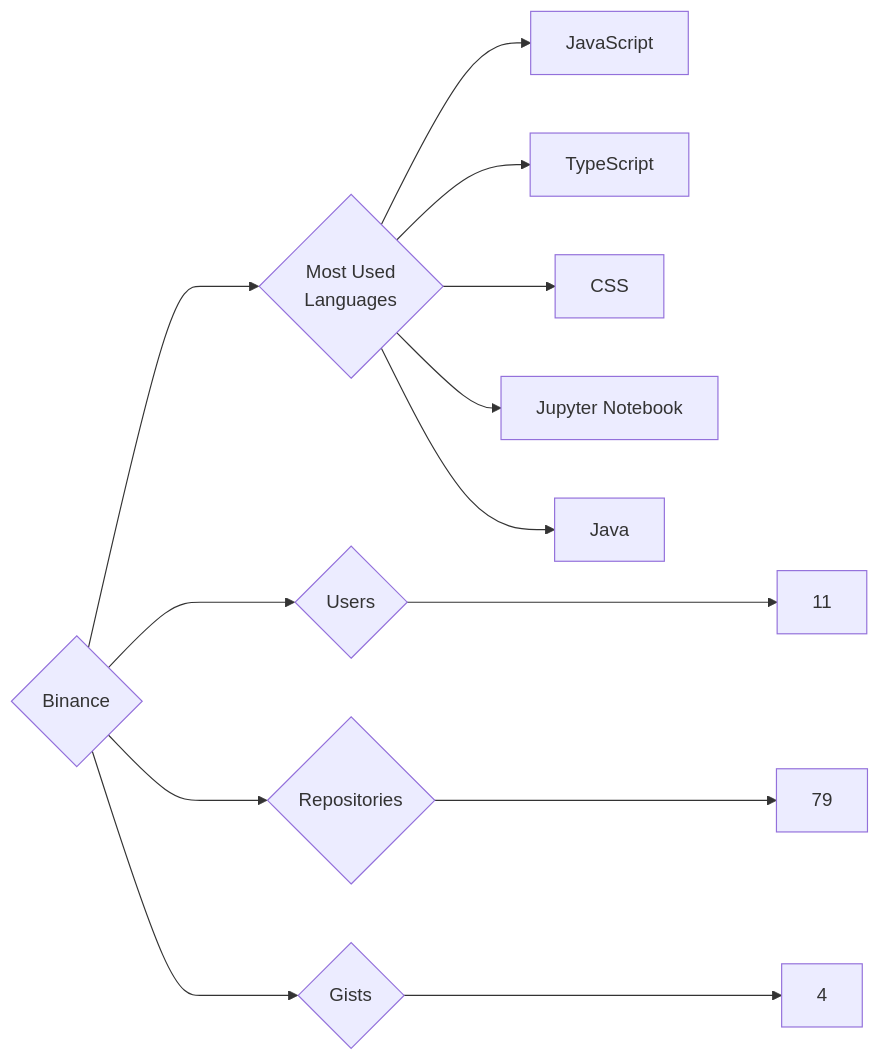
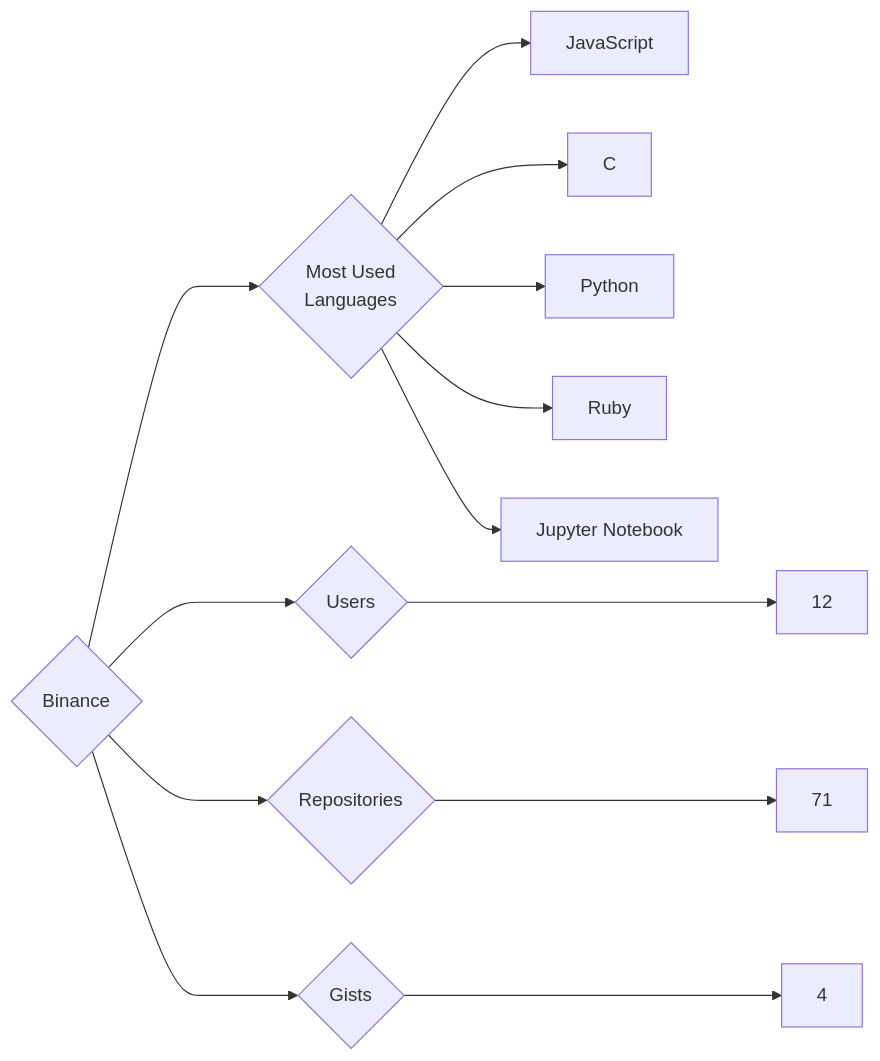
The diagram in targets/Binance/README.md (trickest/insiders), drawn with Mermaid before and after one commit. The commit also changed 872 other files, not shown here.

````diff
--- a/targets/Binance/README.md
+++ b/targets/Binance/README.md
@@ -3,13 +3,13 @@
 ```mermaid
 graph LR
 COMPANY_NAME{Binance}
-COMPANY_NAME ---> U{Users} ---> UN[11]
-COMPANY_NAME ---> R{Repositories} ---> RN[79]
+COMPANY_NAME ---> U{Users} ---> UN[12]
+COMPANY_NAME ---> R{Repositories} ---> RN[71]
 COMPANY_NAME ---> G{Gists} ---> GN[4]
 COMPANY_NAME ---> ML{Most Used<br>Languages}
 ML --> JavaScript[JavaScript]
-ML --> TypeScript[TypeScript]
-ML --> CSS[CSS]
+ML --> C[C]
+ML --> Python[Python]
+ML --> Ruby[Ruby]
 ML --> Jupyter_Notebook[Jupyter Notebook]
-ML --> Java[Java]
 ```
````
